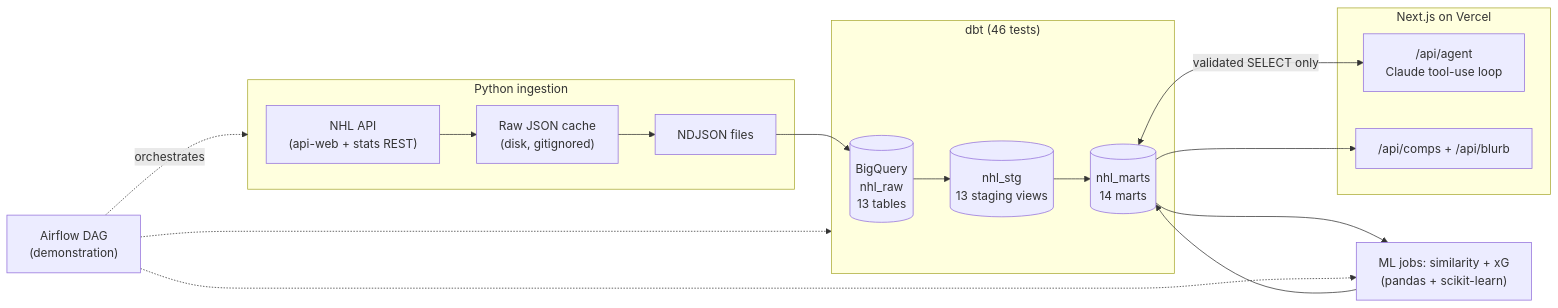
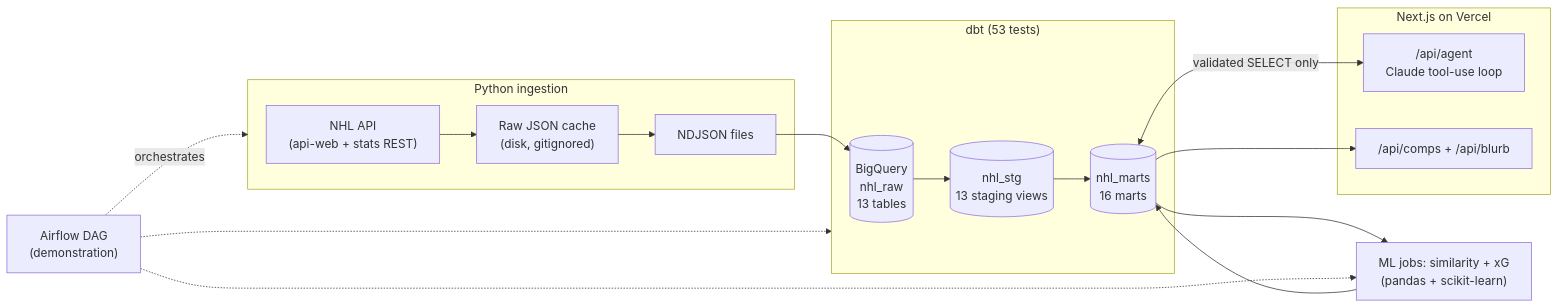
One commit to FakeJenton/hockey-research-agent changed the diagram in README.md. Above: the diagram before and after it, drawn with Mermaid. The commit also changed other lines of this file and 11 other files, not shown here.

First line of the commit message:
Full NHL history: every season since 1917-18, career marts, era-honest nulls

````diff
--- a/README.md
+++ b/README.md
@@ -18,29 +18,29 @@
 ```mermaid
 flowchart LR
     subgraph Ingestion["Python ingestion"]
         API["NHL API<br/>(api-web + stats REST)"] --> CACHE["Raw JSON cache<br/>(disk, gitignored)"]
         CACHE --> NDJSON["NDJSON files"]
     end
 
     NDJSON --> RAW[("BigQuery<br/>nhl_raw<br/>13 tables")]
 
-    subgraph dbt["dbt (46 tests)"]
+    subgraph dbt["dbt (53 tests)"]
         RAW --> STG[("nhl_stg<br/>13 staging views")]
-        STG --> MARTS[("nhl_marts<br/>14 marts")]
+        STG --> MARTS[("nhl_marts<br/>16 marts")]
     end
 
     MARTS --> SIM["ML jobs: similarity + xG<br/>(pandas + scikit-learn)"]
     SIM --> MARTS
 
     subgraph App["Next.js on Vercel"]
         AGENT["/api/agent<br/>Claude tool-use loop"]
         COMPS["/api/comps + /api/blurb"]
     end
 
     MARTS <--> |"validated SELECT only"| AGENT
     MARTS --> COMPS
 
     AIRFLOW["Airflow DAG<br/>(demonstration)"] -.orchestrates.-> Ingestion
     AIRFLOW -.-> dbt
     AIRFLOW -.-> SIM
 ```
````
